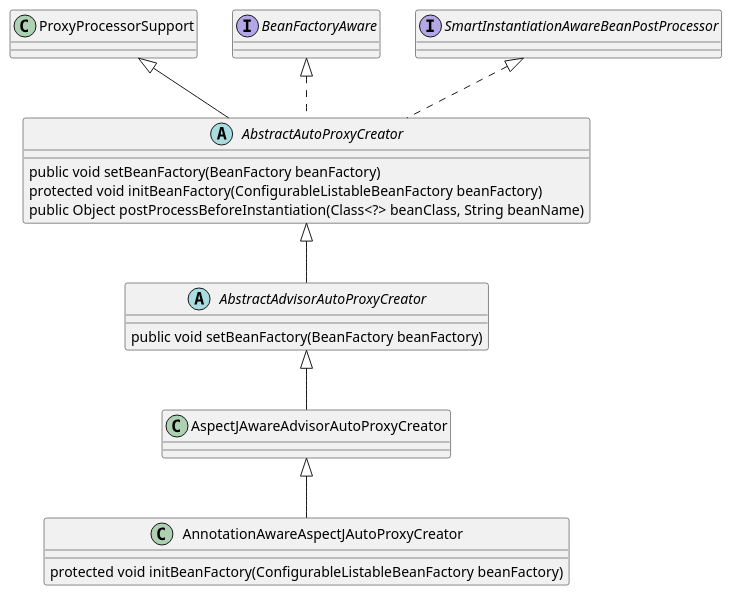
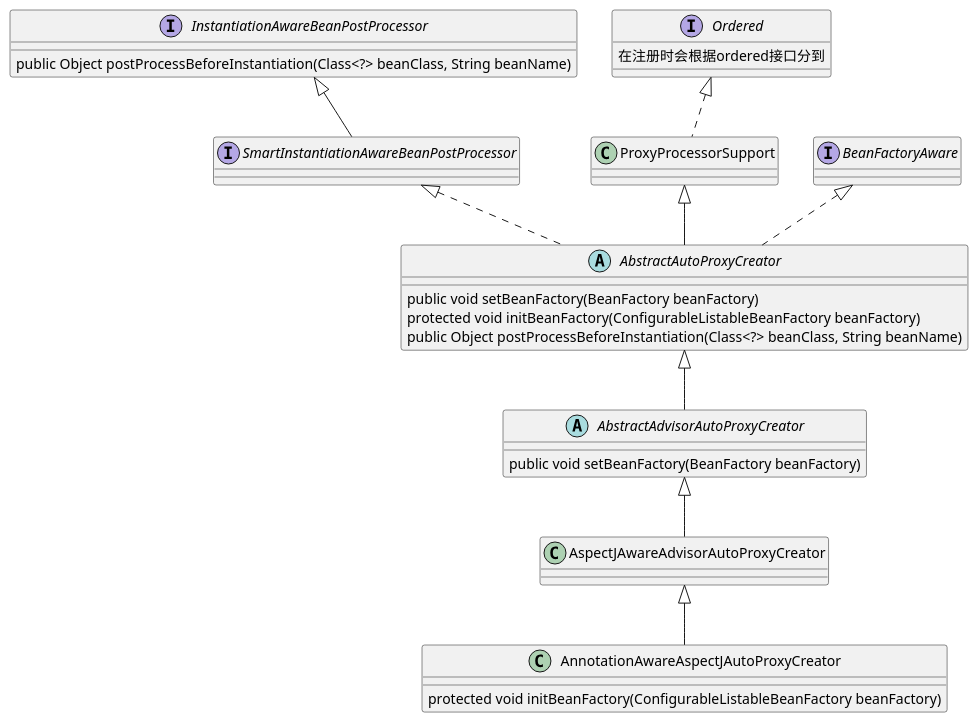
One commit to TheStarPlatinum/spring-framework changed the diagram in spring-ydx/src/main/java/com/ydx/anno/aop/AnnotationAwareAspectJAutoProxyCreator.puml. Above: the diagram before and after it, drawn with PlantUML. The commit also changed 5 other files, not shown here.

```diff
--- a/spring-ydx/src/main/java/com/ydx/anno/aop/AnnotationAwareAspectJAutoProxyCreator.puml
+++ b/spring-ydx/src/main/java/com/ydx/anno/aop/AnnotationAwareAspectJAutoProxyCreator.puml
@@ -1,38 +1,49 @@
 @startuml
 
+
+interface InstantiationAwareBeanPostProcessor{
+    public Object postProcessBeforeInstantiation(Class<?> beanClass, String beanName)
+}
+
+interface Ordered{
+    在注册时会根据ordered接口分到
+}
 
 class ProxyProcessorSupport{
 }
 
 interface BeanFactoryAware{
+
 }
 
 interface SmartInstantiationAwareBeanPostProcessor{
 }
 
 abstract class AbstractAutoProxyCreator{
 '   会调用 initBeanFactory 后者在 anno中重写
     public void setBeanFactory(BeanFactory beanFactory)
     protected void initBeanFactory(ConfigurableListableBeanFactory beanFactory)
     public Object postProcessBeforeInstantiation(Class<?> beanClass, String beanName)
 }
 
 
 abstract class AbstractAdvisorAutoProxyCreator{
     public void setBeanFactory(BeanFactory beanFactory)
 }
 
 class AspectJAwareAdvisorAutoProxyCreator{
 }
 
 class AnnotationAwareAspectJAutoProxyCreator{
     protected void initBeanFactory(ConfigurableListableBeanFactory beanFactory)
 }
 
+Ordered <|.. ProxyProcessorSupport
+InstantiationAwareBeanPostProcessor <|-- SmartInstantiationAwareBeanPostProcessor
 BeanFactoryAware <|.. AbstractAutoProxyCreator
 SmartInstantiationAwareBeanPostProcessor <|.. AbstractAutoProxyCreator
 ProxyProcessorSupport <|-- AbstractAutoProxyCreator
 AbstractAutoProxyCreator<|-- AbstractAdvisorAutoProxyCreator
 AbstractAdvisorAutoProxyCreator <|-- AspectJAwareAdvisorAutoProxyCreator
 AspectJAwareAdvisorAutoProxyCreator <|-- AnnotationAwareAspectJAutoProxyCreator
 @enduml
```
